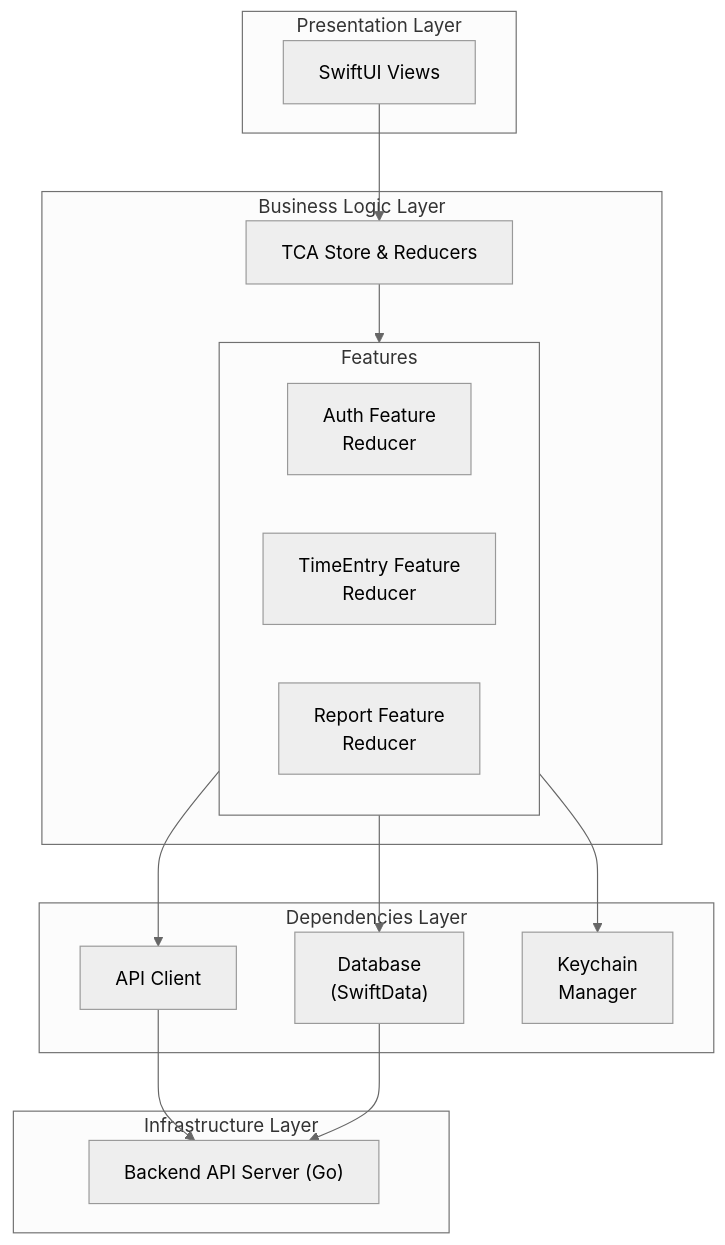
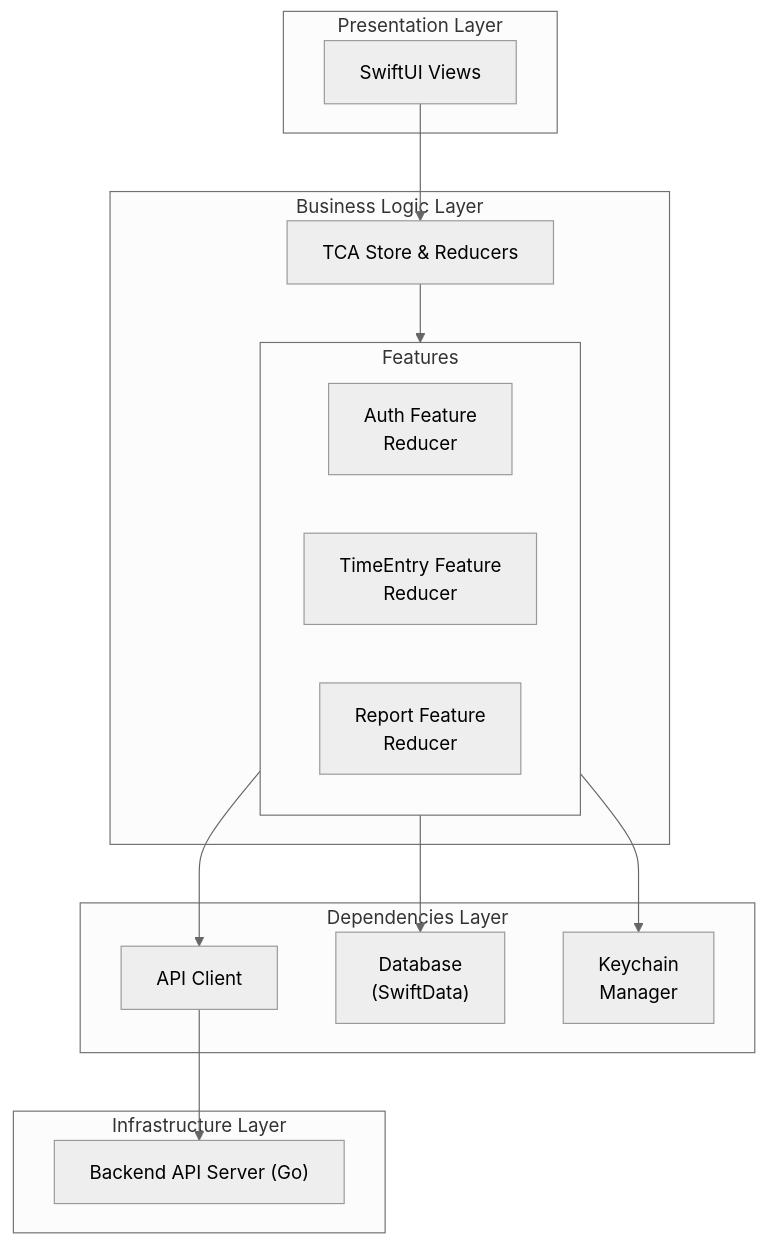
The first of 3 diagrams in docs/ios-migration/Architecture.md (s0nmy/ChronoMe), drawn with Mermaid (neutral theme) before and after one commit. The commit also changed other lines of this file, not shown here.

First line of the commit message:
refactor(docs): アーキテクチャ図のコメントを修正

````diff
--- a/docs/ios-migration/Architecture.md
+++ b/docs/ios-migration/Architecture.md
@@ -9,33 +9,33 @@
 ```mermaid
 graph TB
     subgraph PresentationLayer["Presentation Layer"]
         Views["SwiftUI Views"]
     end
 
     subgraph BusinessLogicLayer["Business Logic Layer"]
         TCA["TCA Store & Reducers"]
         subgraph Features["Features"]
             AuthFeature["Auth Feature<br/>Reducer"]
             TimeEntryFeature["TimeEntry Feature<br/>Reducer"]
             ReportFeature["Report Feature<br/>Reducer"]
         end
     end
 
     subgraph DependenciesLayer["Dependencies Layer"]
         APIClient["API Client"]
         Database["Database<br/>(SwiftData)"]
         Keychain["Keychain<br/>Manager"]
     end
 
     subgraph InfrastructureLayer["Infrastructure Layer"]
         Backend["Backend API Server (Go)"]
     end
 
     Views --> TCA
     TCA --> Features
     Features --> APIClient
     Features --> Database
     Features --> Keychain
     APIClient --> Backend
-    Database --> Backend
+    %% Database（SwiftData）はローカル永続化専用で、バックエンドへのアクセスはAPIClient経由
 ```
````
